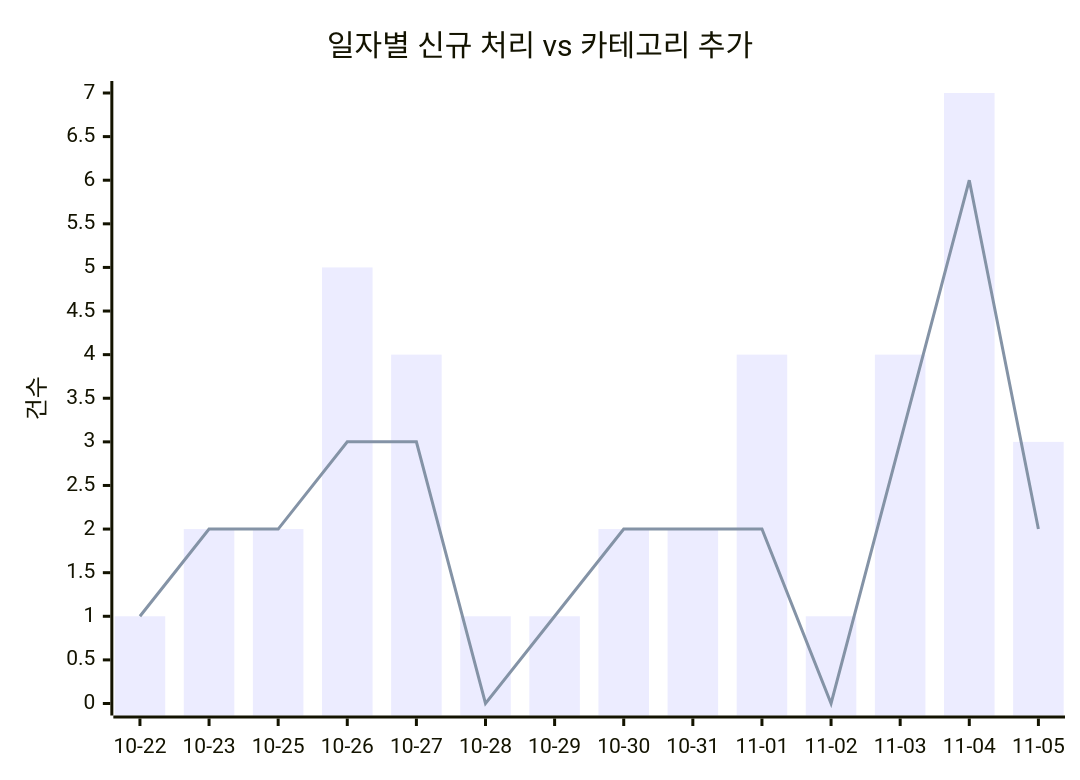
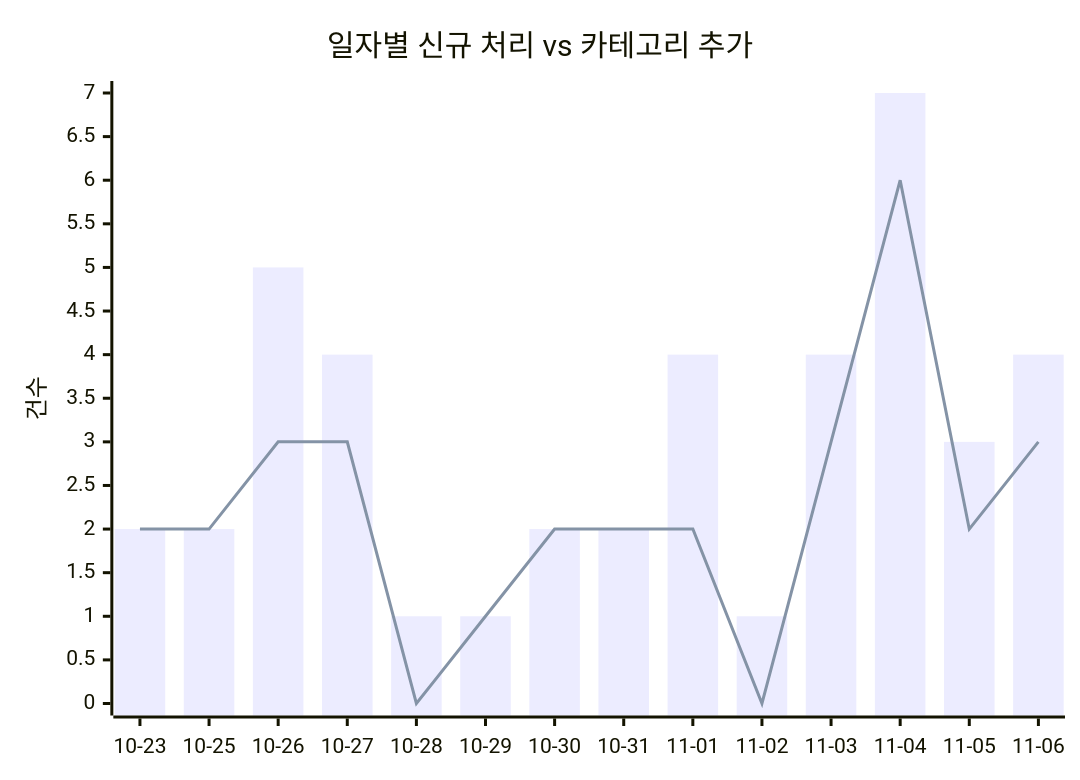
Before and after one commit to J-nowcow/awesome-korean-agent-skills: the first of 2 diagrams in docs/trends.md, drawn with Mermaid. The commit also changed other lines of this file and 6 other files, not shown here.

````diff
--- a/docs/trends.md
+++ b/docs/trends.md
@@ -32,8 +32,8 @@
 ```mermaid
 xychart-beta
     title "일자별 신규 처리 vs 카테고리 추가"
-    x-axis ["10-22","10-23","10-25","10-26","10-27","10-28","10-29","10-30","10-31","11-01","11-02","11-03","11-04","11-05"]
+    x-axis ["10-23","10-25","10-26","10-27","10-28","10-29","10-30","10-31","11-01","11-02","11-03","11-04","11-05","11-06"]
     y-axis "건수"
-    bar [1,2,2,5,4,1,1,2,2,4,1,4,7,3]
-    line [1,2,2,3,3,0,1,2,2,2,0,3,6,2]
+    bar [2,2,5,4,1,1,2,2,4,1,4,7,3,4]
+    line [2,2,3,3,0,1,2,2,2,0,3,6,2,3]
 ```
````
